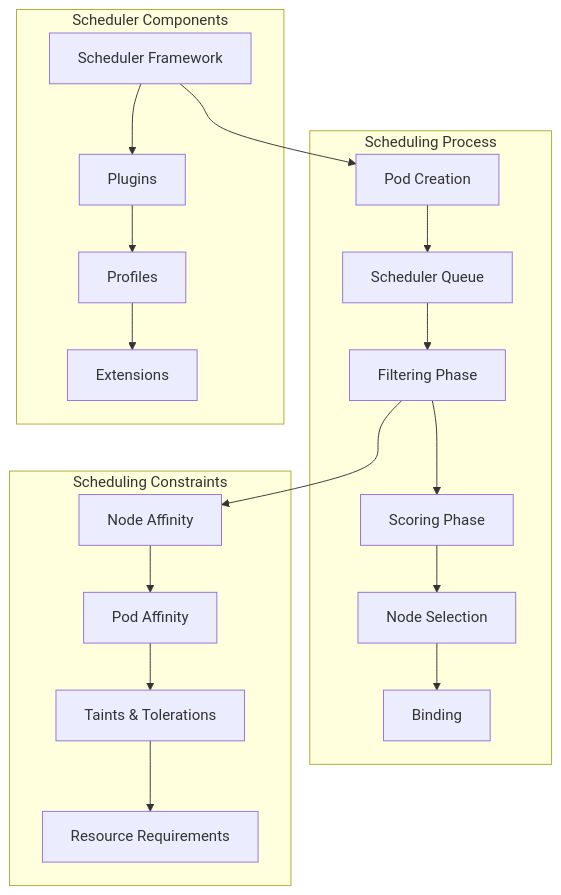
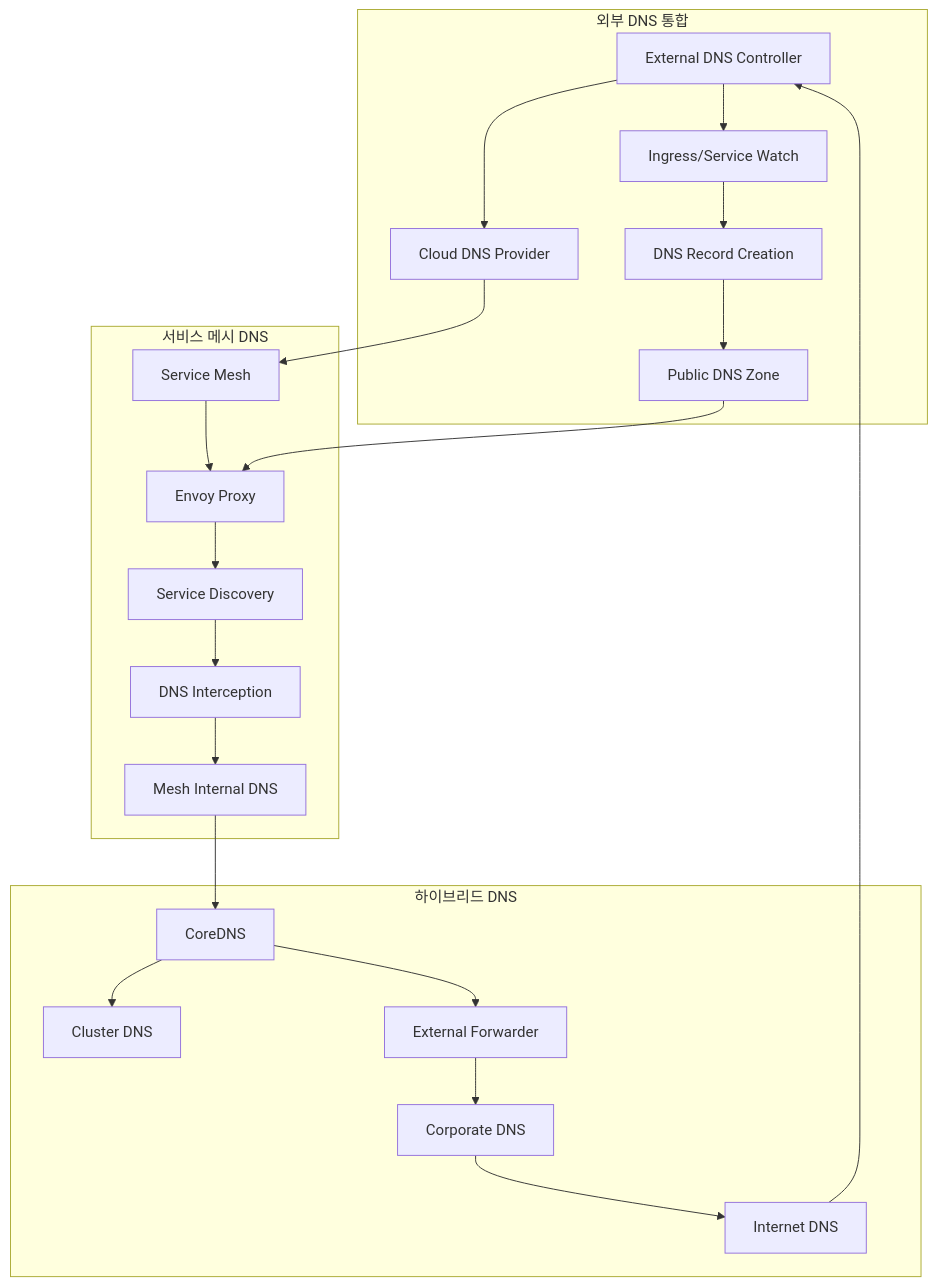
One commit to niceguy61/kdt_devops_lecture_2025 changed the fourth of 4 diagrams in week_02/day_03/session_06.md. Above: the diagram before and after it, drawn with Mermaid. The commit also changed other lines of this file and 38 other files, not shown here.

````diff
--- a/week_02/day_03/session_06.md
+++ b/week_02/day_03/session_06.md
@@ -15,25 +403,28 @@
 ```mermaid
 graph TB
-    subgraph "Scheduling Process"
-        A[Pod Creation] --> B[Scheduler Queue]
-        B --> C[Filtering Phase]
-        C --> D[Scoring Phase]
-        D --> E[Node Selection]
-        E --> F[Binding]
+    subgraph "외부 DNS 통합"
+        A[External DNS Controller] --> B[Cloud DNS Provider]
+        A --> C[Ingress/Service Watch]
+        C --> D[DNS Record Creation]
+        D --> E[Public DNS Zone]
     end
     
-    subgraph "Scheduler Components"
-        G[Scheduler Framework] --> H[Plugins]
-        H --> I[Profiles]
-        I --> J[Extensions]
+    subgraph "서비스 메시 DNS"
+        F[Service Mesh] --> G[Envoy Proxy]
+        G --> H[Service Discovery]
+        H --> I[DNS Interception]
+        I --> J[Mesh Internal DNS]
     end
     
-    subgraph "Scheduling Constraints"
-        K[Node Affinity] --> L[Pod Affinity]
-        L --> M[Taints & Tolerations]
-        M --> N[Resource Requirements]
+    subgraph "하이브리드 DNS"
+        K[CoreDNS] --> L[Cluster DNS]
+        K --> M[External Forwarder]
+        M --> N[Corporate DNS]
+        N --> O[Internet DNS]
     end
     
-    C --> K
-    G --> A
+    B --> F
+    E --> G
+    J --> K
+    O --> A
 ```
````
